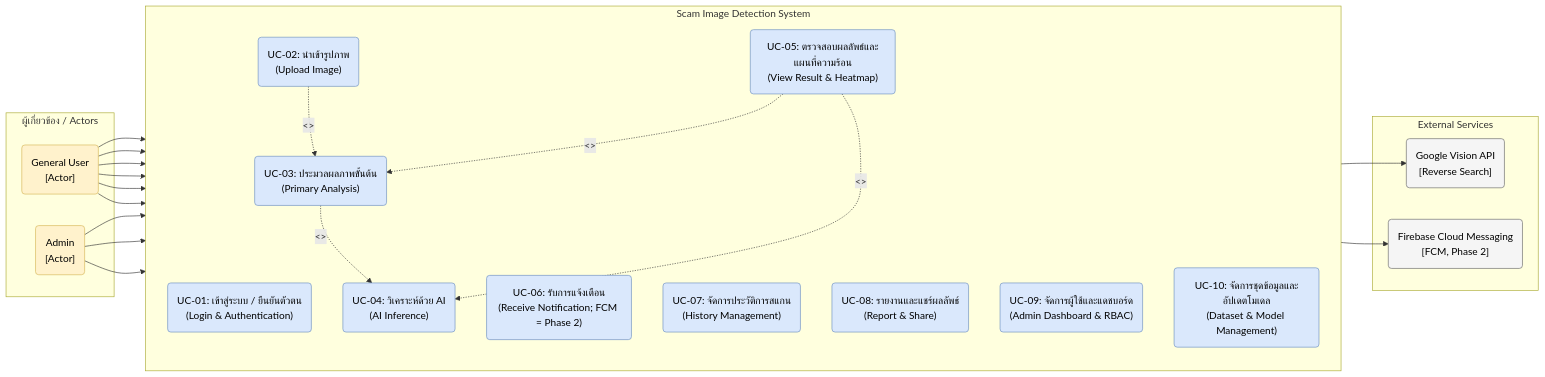
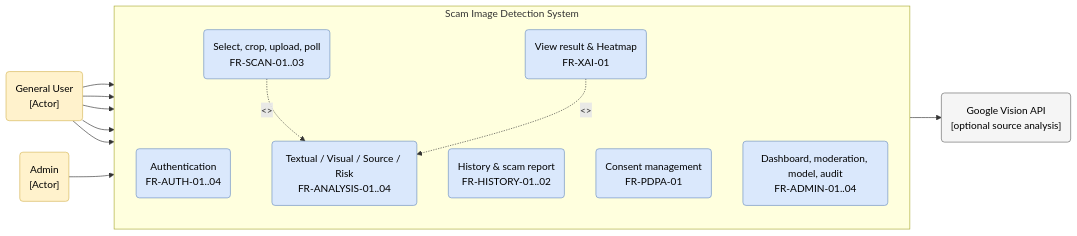
Before and after one commit to Panuwat-ta/project: the diagram in wiki/requirements/use-case-diagram.md, drawn with Mermaid. The commit also changed other lines of this file and 143 other files, not shown here.

First line of the commit message:
Update traceability matrix, use case diagram, and test cases documentation

````diff
--- a/wiki/requirements/use-case-diagram.md
+++ b/wiki/requirements/use-case-diagram.md
@@ -11,62 +13,37 @@
 ```mermaid
 flowchart LR
-    %% การตั้งค่า Class สีต่างๆ (กำหนด color:black ตามมาตรฐานเดิม)
     classDef actorFill fill:#fff2cc,stroke:#d6b656,color:black
     classDef ucFill fill:#dae8fc,stroke:#6c8ebf,color:black
     classDef extFill fill:#f5f5f5,stroke:#666666,color:black
 
-    %% Actors Boundary (มีเฉพาะ human actors; ขั้นตอนอัตโนมัติใช้ <<include>>)
-    subgraph Actors [ผู้เกี่ยวข้อง / Actors]
-        User("General User<br>[Actor]")
-        Admin("Admin<br>[Actor]")
+    User("General User<br>[Actor]")
+    Admin("Admin<br>[Actor]")
+
+    subgraph SystemBoundary [Scam Image Detection System]
+        direction TB
+        UCAUTH("Authentication<br>FR-AUTH-01..04")
+        UCSCAN("Select, crop, upload, poll<br>FR-SCAN-01..03")
+        UCANALYZE("Textual / Visual / Source / Risk<br>FR-ANALYSIS-01..04")
+        UCXAI("View result & Heatmap<br>FR-XAI-01")
+        UCHISTORY("History & scam report<br>FR-HISTORY-01..02")
+        UCPDPA("Consent management<br>FR-PDPA-01")
+        UCADMIN("Dashboard, moderation, model, audit<br>FR-ADMIN-01..04")
     end
 
-    %% System Boundary
-    subgraph SystemBoundary [Scam Image Detection System]
-        direction TB
-        
-        UC01("UC-01: เข้าสู่ระบบ / ยืนยันตัวตน<br>(Login & Authentication)")
-        UC02("UC-02: นำเข้ารูปภาพ<br>(Upload Image)")
-        UC03("UC-03: ประมวลผลภาพขั้นต้น<br>(Primary Analysis)")
-        UC04("UC-04: วิเคราะห์ด้วย AI<br>(AI Inference)")
-        UC05("UC-05: ตรวจสอบผลลัพธ์และแผนที่ความร้อน<br>(View Result & Heatmap)")
-        UC06("UC-06: รับการแจ้งเตือน<br>(Receive Notification; FCM = Phase 2)")
-        UC07("UC-07: จัดการประวัติการสแกน<br>(History Management)")
-        UC08("UC-08: รายงานและแชร์ผลลัพธ์<br>(Report & Share)")
-        UC09("UC-09: จัดการผู้ใช้และแดชบอร์ด<br>(Admin Dashboard & RBAC)")
-        UC10("UC-10: จัดการชุดข้อมูลและอัปเดตโมเดล<br>(Dataset & Model Management)")
-    end
+    GoogleVision("Google Vision API<br>[optional source analysis]")
 
-    %% External Services
-    subgraph ExternalServices [External Services]
-        GoogleVision("Google Vision API<br>[Reverse Search]")
-        FCM("Firebase Cloud Messaging<br>[FCM, Phase 2]")
-    end
+    User --> UCAUTH
+    User --> UCSCAN
+    User --> UCXAI
+    User --> UCHISTORY
+    User --> UCPDPA
+    Admin --> UCADMIN
 
-    %% Relationships / Associations
-    User --> UC01
-    User --> UC02
-    User --> UC05
-    User --> UC06
-    User --> UC07
-    User --> UC08
+    UCSCAN -. " <<include>> " .-> UCANALYZE
+    UCXAI -. " <<include>> " .-> UCANALYZE
+    UCANALYZE --> GoogleVision
 
-    Admin --> UC01
-    Admin --> UC09
-    Admin --> UC10
-
-    %% ขั้นตอนอัตโนมัติเป็น <<include>> ใต้ General User (ไม่มี System Actor)
-    UC02 -. " <<include>> " .-> UC03
-    UC03 -. " <<include>> " .-> UC04
-    UC05 -. " <<include>> " .-> UC03
-    UC05 -. " <<include>> " .-> UC04
-
-    %% External Connections (optional; ล้มเหลวให้คืนผลบางส่วน ไม่สรุปว่าปลอดภัย)
-    UC03 --> GoogleVision
-    UC06 --> FCM
-
-    %% Apply Styles
     class User,Admin actorFill
-    class UC01,UC02,UC03,UC04,UC05,UC06,UC07,UC08,UC09,UC10 ucFill
-    class GoogleVision,FCM extFill
+    class UCAUTH,UCSCAN,UCANALYZE,UCXAI,UCHISTORY,UCPDPA,UCADMIN ucFill
+    class GoogleVision extFill
 ```
````
